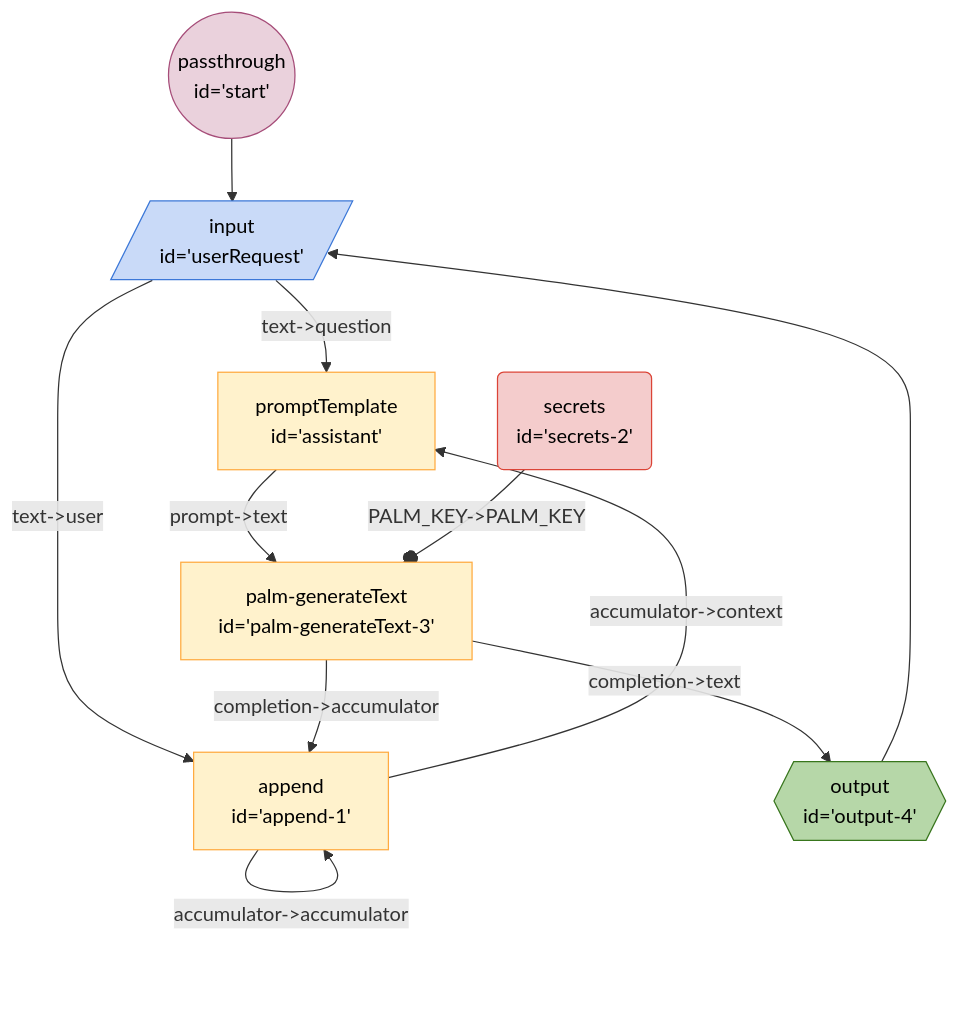
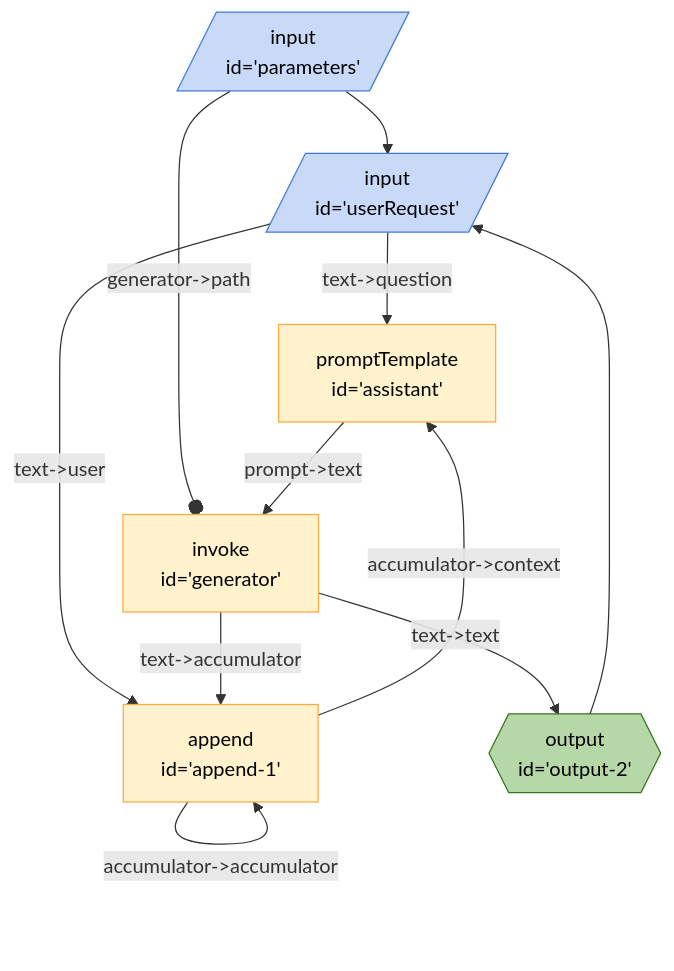
One commit to breadboard-ai/breadboard changed the diagram in seeds/breadboard-web/docs/graphs/accumulating-context.md. Above: the diagram before and after it, drawn with Mermaid. The commit also changed 3 other files, not shown here.

````diff
--- a/seeds/breadboard-web/docs/graphs/accumulating-context.md
+++ b/seeds/breadboard-web/docs/graphs/accumulating-context.md
@@ -3,22 +3,22 @@
 ```mermaid
 %%{init: 'themeVariables': { 'fontFamily': 'Fira Code, monospace' }}%%
 graph TD;
 userRequest[/"input <br> id='userRequest'"/]:::input -- "text->question" --> assistant["promptTemplate <br> id='assistant'"]
 userRequest[/"input <br> id='userRequest'"/]:::input -- "text->user" --> append1["append <br> id='append-1'"]
-start(("passthrough <br> id='start'")):::passthrough --> userRequest[/"input <br> id='userRequest'"/]:::input
-output4{{"output <br> id='output-4'"}}:::output --> userRequest[/"input <br> id='userRequest'"/]:::input
-assistant["promptTemplate <br> id='assistant'"] -- "prompt->text" --> palmgenerateText3["palm-generateText <br> id='palm-generateText-3'"]
+parameters[/"input <br> id='parameters'"/]:::input --> userRequest[/"input <br> id='userRequest'"/]:::input
+parameters[/"input <br> id='parameters'"/]:::input -- "generator->path" --o generator["invoke <br> id='generator'"]
+output2{{"output <br> id='output-2'"}}:::output --> userRequest[/"input <br> id='userRequest'"/]:::input
+assistant["promptTemplate <br> id='assistant'"] -- "prompt->text" --> generator["invoke <br> id='generator'"]
 append1["append <br> id='append-1'"] -- "accumulator->accumulator" --> append1["append <br> id='append-1'"]
 append1["append <br> id='append-1'"] -- "accumulator->context" --> assistant["promptTemplate <br> id='assistant'"]
-palmgenerateText3["palm-generateText <br> id='palm-generateText-3'"] -- "completion->accumulator" --> append1["append <br> id='append-1'"]
-palmgenerateText3["palm-generateText <br> id='palm-generateText-3'"] -- "completion->text" --> output4{{"output <br> id='output-4'"}}:::output
-secrets2("secrets <br> id='secrets-2'"):::secrets -- "PALM_KEY->PALM_KEY" --o palmgenerateText3["palm-generateText <br> id='palm-generateText-3'"]
+generator["invoke <br> id='generator'"] -- "text->accumulator" --> append1["append <br> id='append-1'"]
+generator["invoke <br> id='generator'"] -- "text->text" --> output2{{"output <br> id='output-2'"}}:::output
 classDef default stroke:#ffab40,fill:#fff2ccff,color:#000
 classDef input stroke:#3c78d8,fill:#c9daf8ff,color:#000
 classDef output stroke:#38761d,fill:#b6d7a8ff,color:#000
 classDef passthrough stroke:#a64d79,fill:#ead1dcff,color:#000
 classDef slot stroke:#a64d79,fill:#ead1dcff,color:#000
 classDef config stroke:#a64d79,fill:#ead1dcff,color:#000
 classDef secrets stroke:#db4437,fill:#f4cccc,color:#000
 classDef slotted stroke:#a64d79
 ```
````
